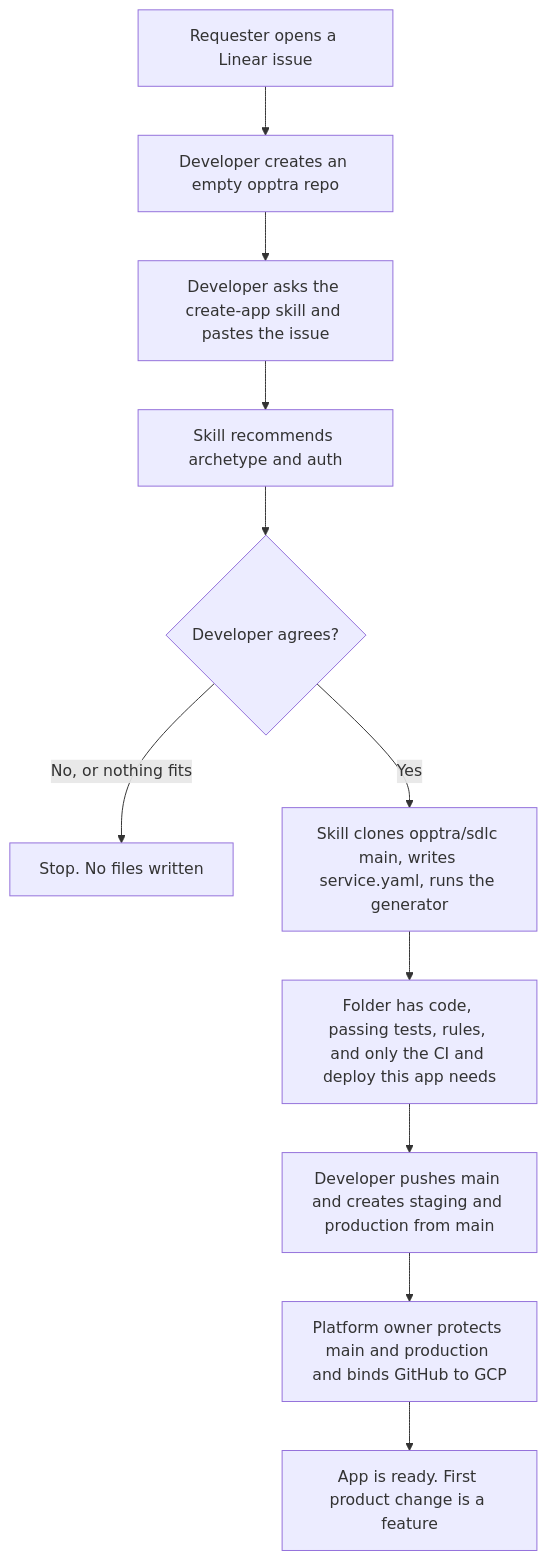
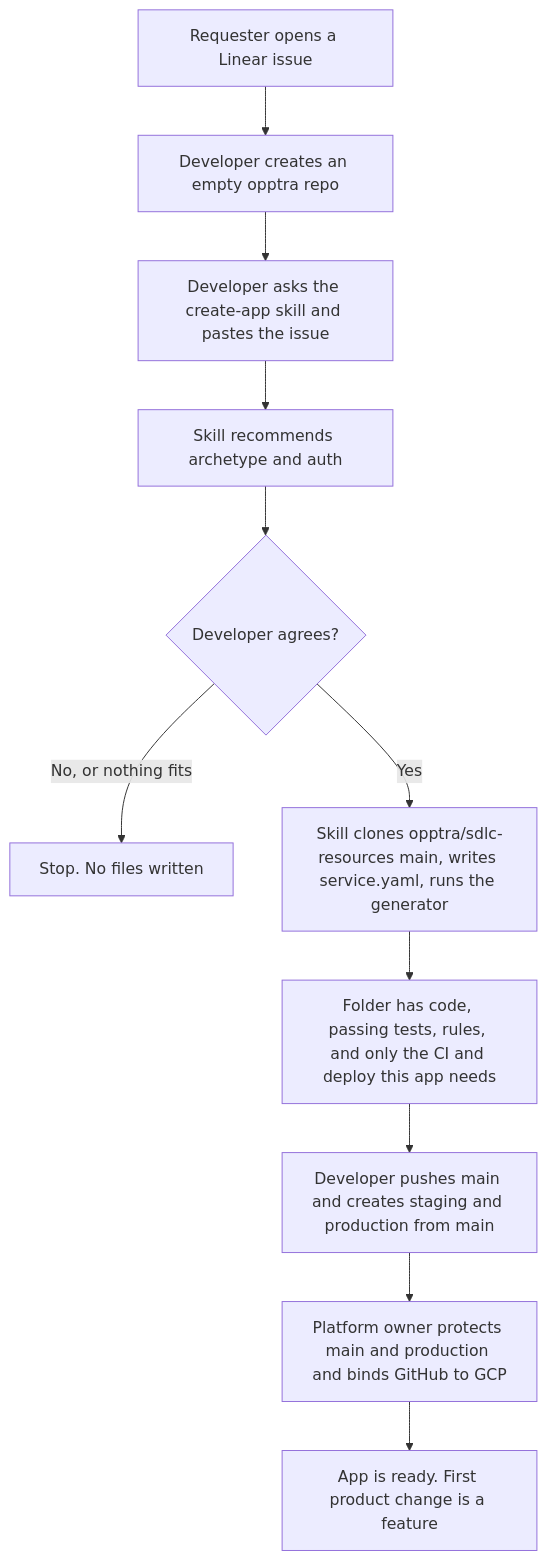
The first of 3 diagrams in docs/workflows.md (opptra/sdlc-resources), drawn with Mermaid before and after one commit. The commit also changed other lines of this file and 15 other files, not shown here.

First line of the commit message:
Publish the SDLC guide and record the generator commit.

````diff
--- a/docs/workflows.md
+++ b/docs/workflows.md
@@ -22,13 +35,13 @@
 ```mermaid
 flowchart TD
   A[Requester opens a Linear issue] --> B[Developer creates an empty opptra repo]
   B --> C[Developer asks the create-app skill and pastes the issue]
   C --> D[Skill recommends archetype and auth]
   D --> E{Developer agrees?}
   E -->|No, or nothing fits| F[Stop. No files written]
-  E -->|Yes| G[Skill clones opptra/sdlc main, writes service.yaml, runs the generator]
+  E -->|Yes| G[Skill clones opptra/sdlc-resources main, writes service.yaml, runs the generator]
   G --> H[Folder has code, passing tests, rules, and only the CI and deploy this app needs]
   H --> I[Developer pushes main and creates staging and production from main]
   I --> J[Platform owner protects main and production and binds GitHub to GCP]
   J --> K[App is ready. First product change is a feature]
 ```
````
